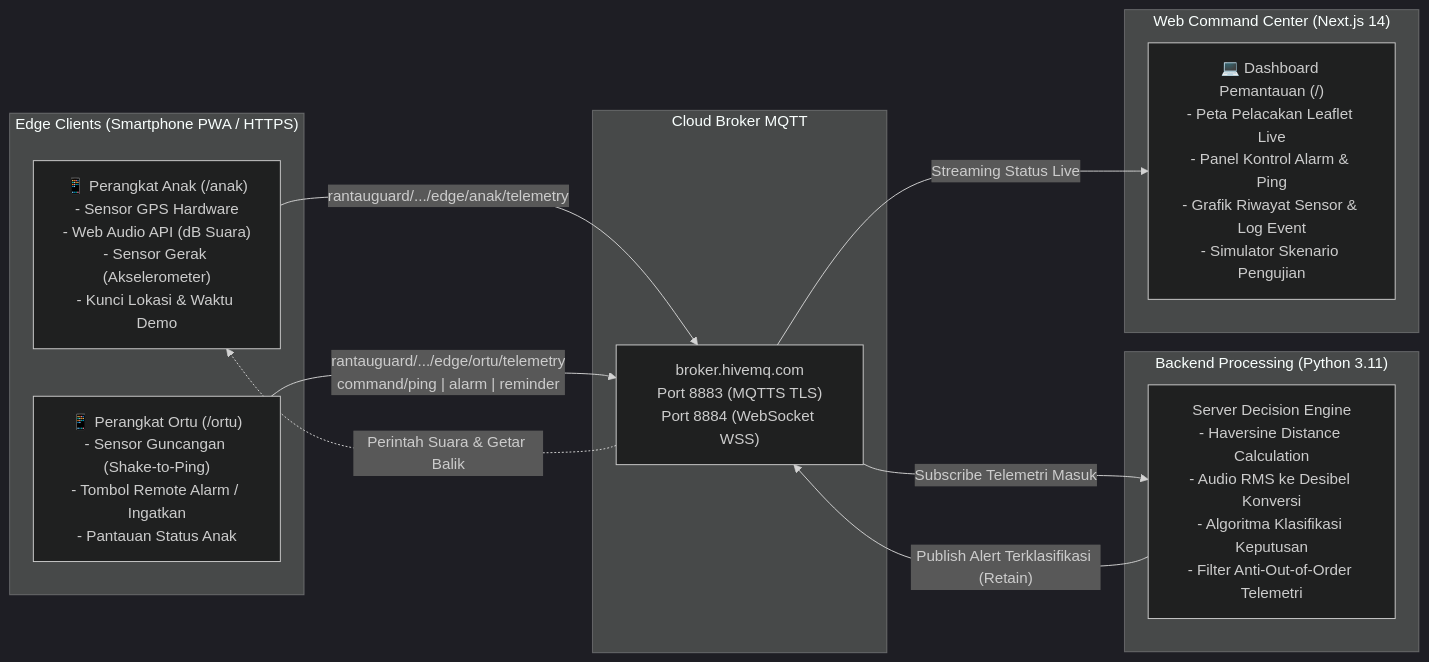
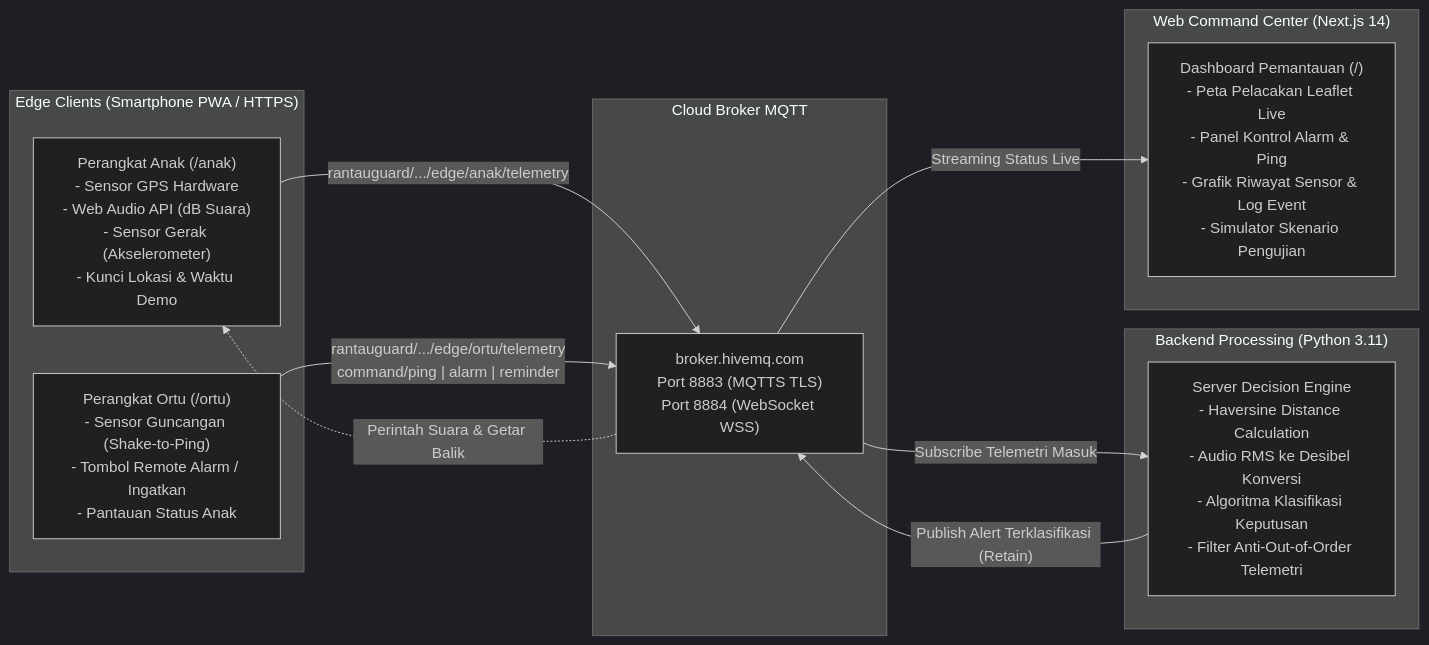
The diagram in README.md (chulopp/isDugem), drawn with Mermaid (dark theme) before and after one commit. The commit also changed other lines of this file, not shown here.

````diff
--- a/README.md
+++ b/README.md
@@ -61,26 +61,26 @@
 ```mermaid
 flowchart LR
     subgraph EdgeClients["Edge Clients (Smartphone PWA / HTTPS)"]
-        EA["📱 Perangkat Anak (/anak)\n- Sensor GPS Hardware\n- Web Audio API (dB Suara)\n- Sensor Gerak (Akselerometer)\n- Kunci Lokasi & Waktu Demo"]
-        EO["📱 Perangkat Ortu (/ortu)\n- Sensor Guncangan (Shake-to-Ping)\n- Tombol Remote Alarm / Ingatkan\n- Pantauan Status Anak"]
+        EA["Perangkat Anak (/anak)\n- Sensor GPS Hardware\n- Web Audio API (dB Suara)\n- Sensor Gerak (Akselerometer)\n- Kunci Lokasi & Waktu Demo"]
+        EO["Perangkat Ortu (/ortu)\n- Sensor Guncangan (Shake-to-Ping)\n- Tombol Remote Alarm / Ingatkan\n- Pantauan Status Anak"]
     end
 
     subgraph BrokerCloud["Cloud Broker MQTT"]
         MQTT["broker.hivemq.com\nPort 8883 (MQTTS TLS)\nPort 8884 (WebSocket WSS)"]
     end
 
     subgraph BackendEngine["Backend Processing (Python 3.11)"]
         ENGINE["Server Decision Engine\n- Haversine Distance Calculation\n- Audio RMS ke Desibel Konversi\n- Algoritma Klasifikasi Keputusan\n- Filter Anti-Out-of-Order Telemetri"]
     end
 
     subgraph CommandCenter["Web Command Center (Next.js 14)"]
-        DASH["💻 Dashboard Pemantauan (/)\n- Peta Pelacakan Leaflet Live\n- Panel Kontrol Alarm & Ping\n- Grafik Riwayat Sensor & Log Event\n- Simulator Skenario Pengujian"]
+        DASH["Dashboard Pemantauan (/)\n- Peta Pelacakan Leaflet Live\n- Panel Kontrol Alarm & Ping\n- Grafik Riwayat Sensor & Log Event\n- Simulator Skenario Pengujian"]
     end
 
     EA -->|"rantauguard/.../edge/anak/telemetry"| MQTT
     EO -->|"rantauguard/.../edge/ortu/telemetry\ncommand/ping | alarm | reminder"| MQTT
     MQTT -->|"Subscribe Telemetri Masuk"| ENGINE
     ENGINE -->|"Publish Alert Terklasifikasi (Retain)"| MQTT
     MQTT -->|"Streaming Status Live"| DASH
     MQTT -.->|"Perintah Suara & Getar Balik"| EA
 ```
````
